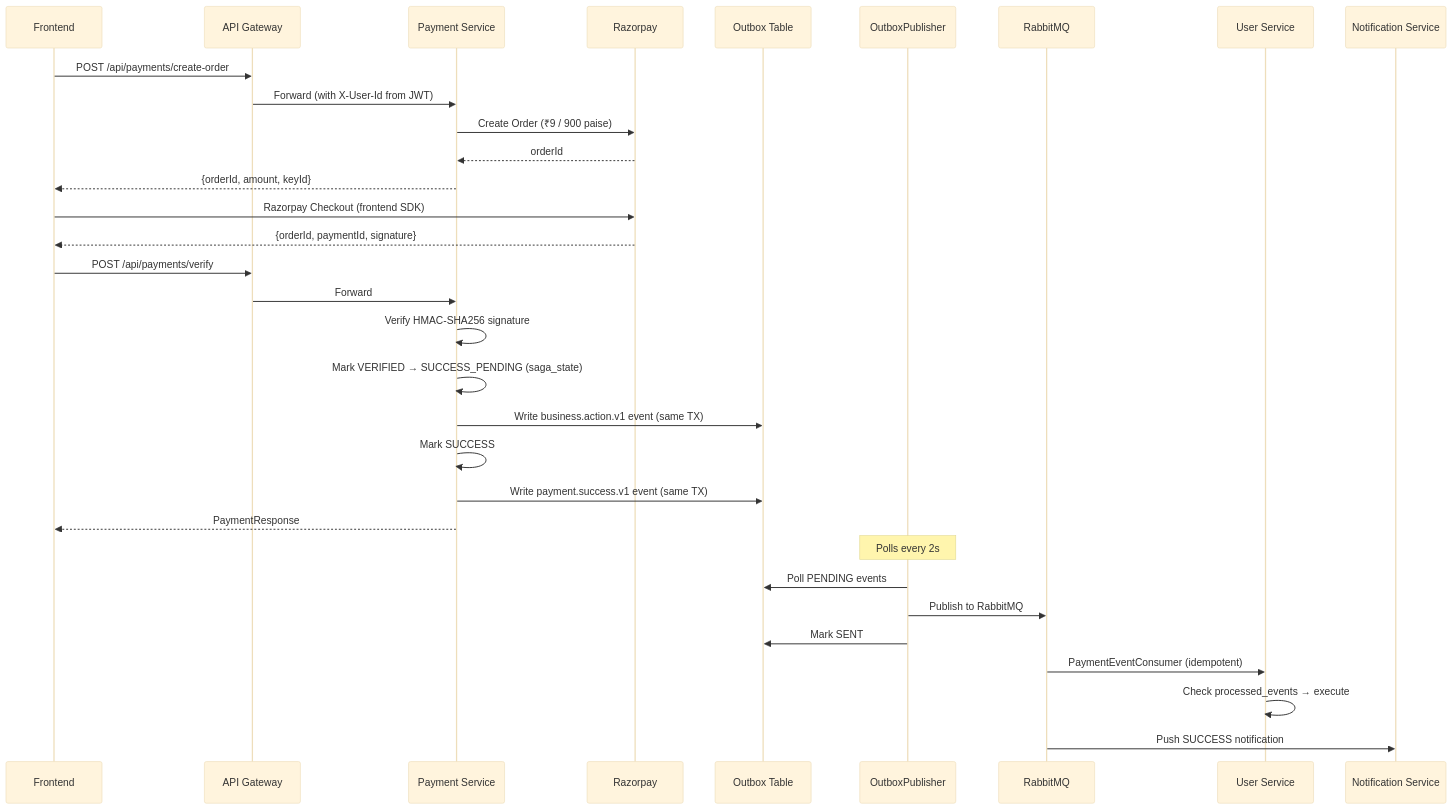
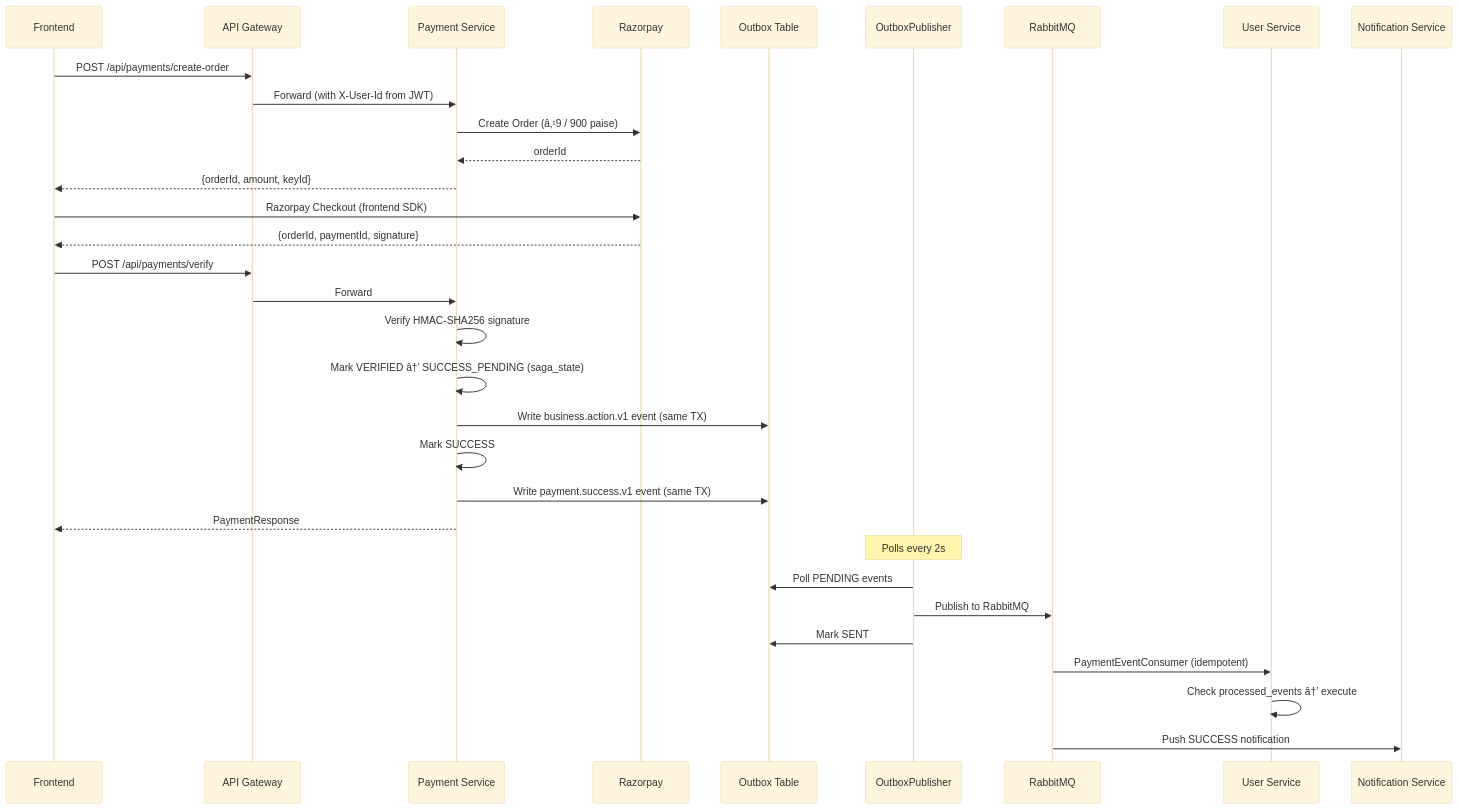
Before and after one commit to Anjan-Kumar-Sahoo/SkillSync: the first of 4 diagrams in docs/09_Payment_Implementation_Guide.md, drawn with Mermaid (base theme). The commit also changed other lines of this file and 32 other files, not shown here.

First line of the commit message:
docs: overhaul frontend architecture master document for presentation

````diff
--- a/docs/09_Payment_Implementation_Guide.md
+++ b/docs/09_Payment_Implementation_Guide.md
@@ -155,39 +161,39 @@
 ```mermaid
 sequenceDiagram
     participant FE as Frontend
     participant GW as API Gateway
     participant PS as Payment Service
     participant RZ as Razorpay
     participant OB as Outbox Table
     participant SCHED as OutboxPublisher
     participant MQ as RabbitMQ
     participant US as User Service
     participant NS as Notification Service
 
     FE->>GW: POST /api/payments/create-order
     GW->>PS: Forward (with X-User-Id from JWT)
-    PS->>RZ: Create Order (₹9 / 900 paise)
+    PS->>RZ: Create Order (â‚¹9 / 900 paise)
     RZ-->>PS: orderId
     PS-->>FE: {orderId, amount, keyId}
 
     FE->>RZ: Razorpay Checkout (frontend SDK)
     RZ-->>FE: {orderId, paymentId, signature}
 
     FE->>GW: POST /api/payments/verify
     GW->>PS: Forward
     PS->>PS: Verify HMAC-SHA256 signature
-    PS->>PS: Mark VERIFIED → SUCCESS_PENDING (saga_state)
+    PS->>PS: Mark VERIFIED â†’ SUCCESS_PENDING (saga_state)
     PS->>OB: Write business.action.v1 event (same TX)
     PS->>PS: Mark SUCCESS
     PS->>OB: Write payment.success.v1 event (same TX)
     PS-->>FE: PaymentResponse
 
     Note over SCHED: Polls every 2s
     SCHED->>OB: Poll PENDING events
     SCHED->>MQ: Publish to RabbitMQ
     SCHED->>OB: Mark SENT
 
     MQ->>US: PaymentEventConsumer (idempotent)
-    US->>US: Check processed_events → execute
+    US->>US: Check processed_events â†’ execute
     MQ->>NS: Push SUCCESS notification
 ```
````
